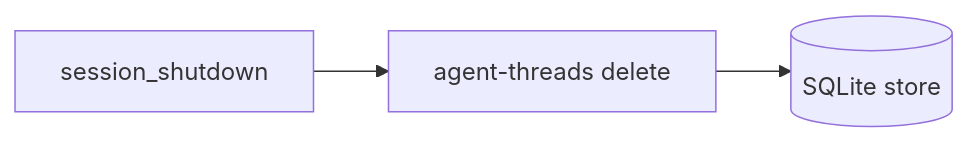
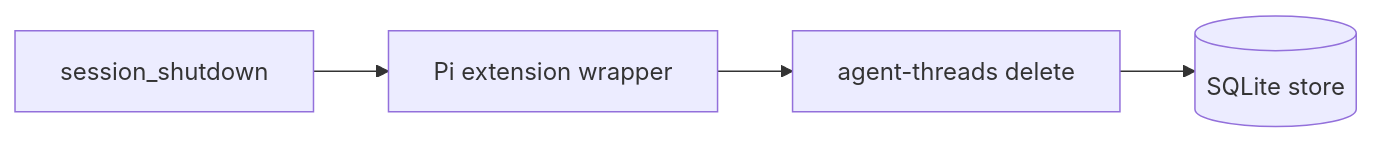
Before and after one commit to zenobi-us/zellij-agent-threads: the third of 6 diagrams in apps/docs/content/how-it-works.md, drawn with Mermaid. The commit also changed other lines of this file and 8 other files, not shown here.

````diff
--- a/apps/docs/content/how-it-works.md
+++ b/apps/docs/content/how-it-works.md
@@ -38,5 +49,6 @@
 ```mermaid
 flowchart LR
-  Shutdown[session_shutdown] --> Delete[agent-threads delete]
+  Shutdown[session_shutdown] --> Extension[Pi extension wrapper]
+  Extension --> Delete[agent-threads delete]
   Delete --> DB[(SQLite store)]
 ```
````
